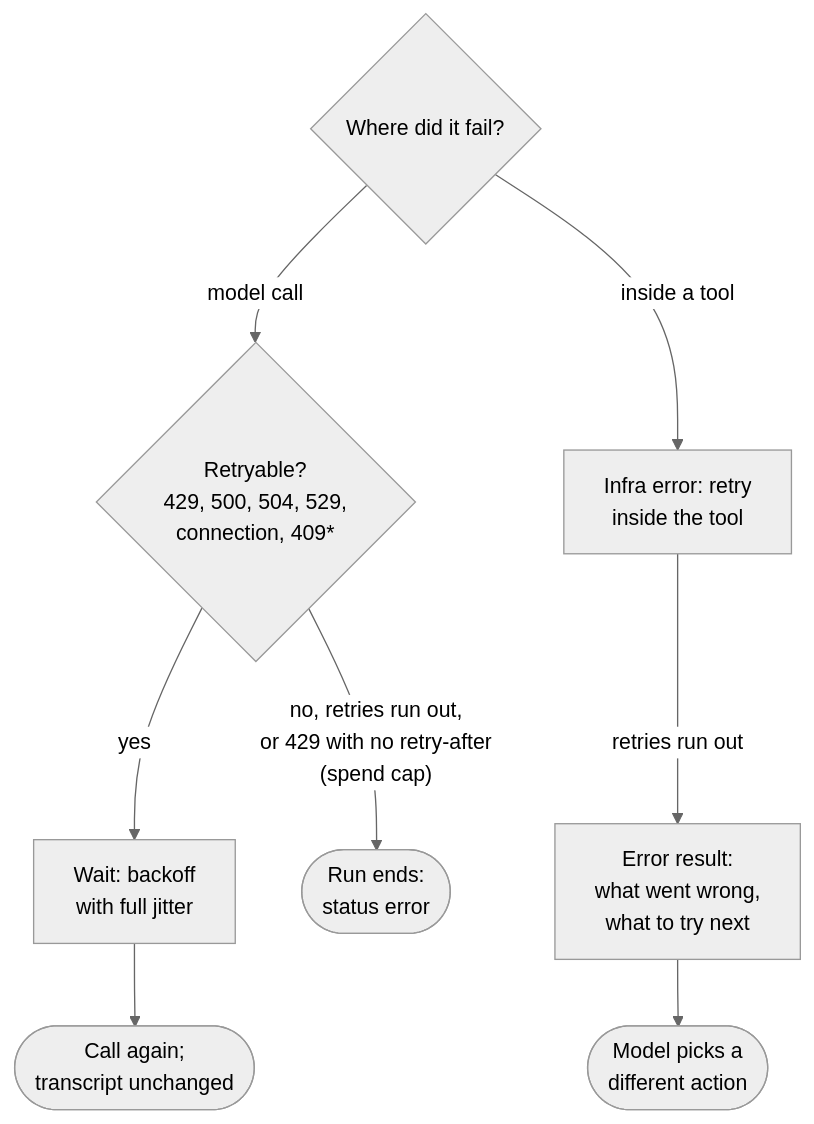
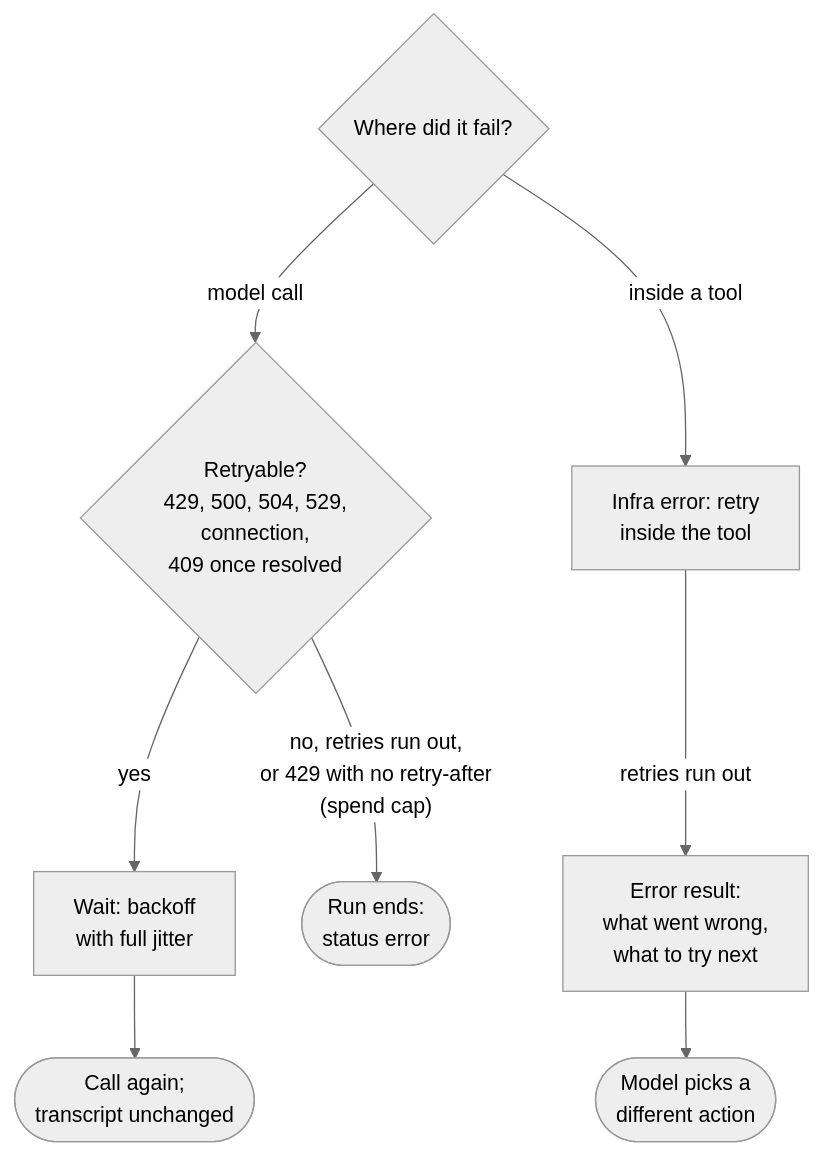
One commit to joshxinjie/agentic-harness-notes changed the diagram in diagrams/src/error-two-paths.mmd. Above: the diagram before and after it, drawn with Mermaid (neutral theme). The commit also changed 2 other files, not shown here.

Commit message:
Week 2: put the 409 condition in the diagram instead of a footnote
Claude-Session: https://claude.ai/code/session_01NATd2HqAKYvuCuP7oPSgmq

```diff
--- a/diagrams/src/error-two-paths.mmd
+++ b/diagrams/src/error-two-paths.mmd
@@ -1,8 +1,8 @@
 flowchart TD
-    F{"Where did it fail?"} -->|"model call"| I{"Retryable?<br>429, 500, 504, 529,<br>connection, 409*"}
+    F{"Where did it fail?"} -->|"model call"| I{"Retryable?<br>429, 500, 504, 529,<br>connection,<br>409 once resolved"}
     F -->|"inside a tool"| TR["Infra error: retry<br>inside the tool"]
     TR -->|"retries run out"| TE["Error result:<br>what went wrong,<br>what to try next"]
     I -->|"yes"| W["Wait: backoff<br>with full jitter"]
     W --> RC(["Call again;<br>transcript unchanged"])
     I -->|"no, retries run out,<br>or 429 with no retry-after<br>(spend cap)"| ST(["Run ends:<br>status error"])
     TE --> MD(["Model picks a<br>different action"])
```
